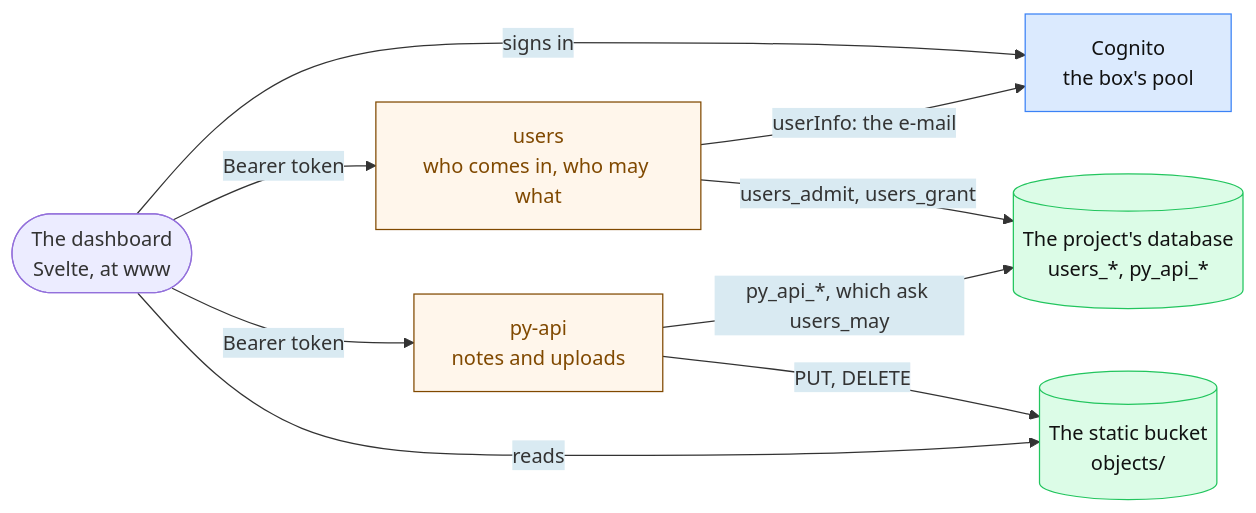
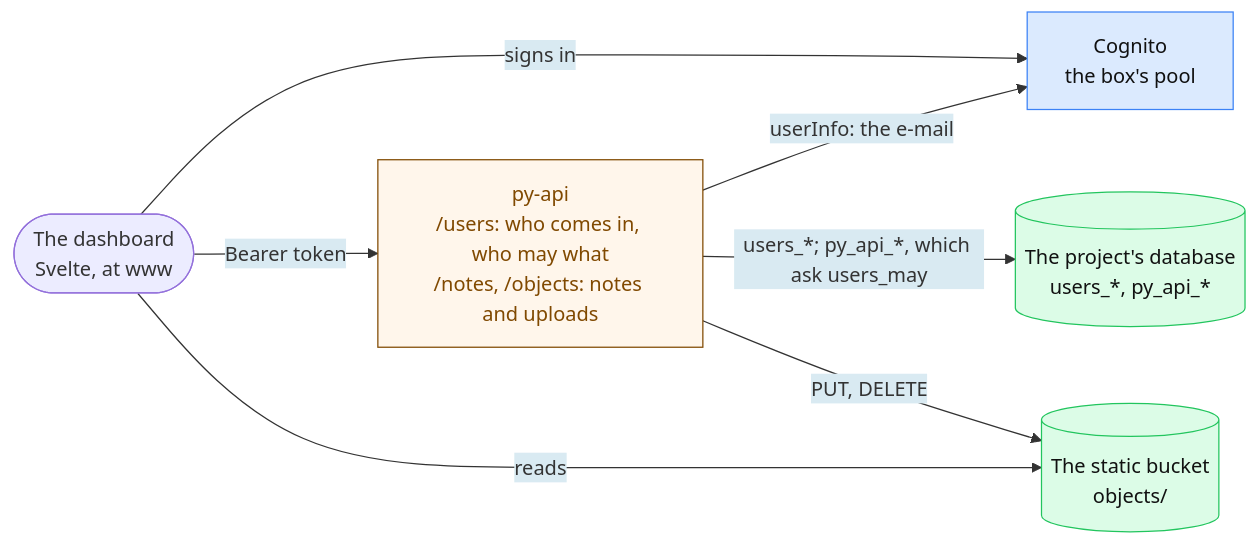
One commit to tiet-ucs503/bug-bounty changed the diagram in docs/tutorials/README.md. Above: the diagram before and after it, drawn with Mermaid. The commit also changed other lines of this file and 10 other files, not shown here.

Commit message:
/users at py-api.<zone>/users, or js-api's, not a host of its own: tutorials 3 to 6 rewritten from a worked fork, run in both languages; a service may own several prefixes; a unit is a prefix

````diff
--- a/docs/tutorials/README.md
+++ b/docs/tutorials/README.md
@@ -35,29 +35,26 @@
 ``` mermaid
 ---
 config:
   themeVariables:
     edgeLabelBackground: "#d9eaf2"
   themeCSS: ".edgeLabel, .edgeLabel p, .labelBkg { background-color: #d9eaf2 !important; color: #5c7a8a !important; }"
 ---
 flowchart LR
   browser(["The dashboard<br/>Svelte, at www"])
   cognito["Cognito<br/>the box's pool"]
-  users["users<br/>who comes in, who may what"]
-  notes["py-api<br/>notes and uploads"]
+  notes["py-api<br/>/users: who comes in, who may what<br/>/notes, /objects: notes and uploads"]
   db[("The project's database<br/>users_*, py_api_*")]
   bucket[("The static bucket<br/>objects/")]
   browser -->|"signs in"| cognito
-  browser -->|"Bearer token"| users
   browser -->|"Bearer token"| notes
-  users -->|"userInfo: the e-mail"| cognito
-  users -->|"users_admit, users_grant"| db
-  notes -->|"py_api_*, which ask users_may"| db
+  notes -->|"userInfo: the e-mail"| cognito
+  notes -->|"users_*; py_api_*, which ask users_may"| db
   notes -->|"PUT, DELETE"| bucket
   browser -->|"reads"| bucket
   classDef network fill:#dbeafe,stroke:#3b82f6,color:#111
   class cognito network
   classDef compute fill:#fff6eb,stroke:#804900,color:#804900
-  class users,notes compute
+  class notes compute
   classDef storage fill:#dcfce7,stroke:#22c55e,color:#111
   class db,bucket storage
 ```
````
